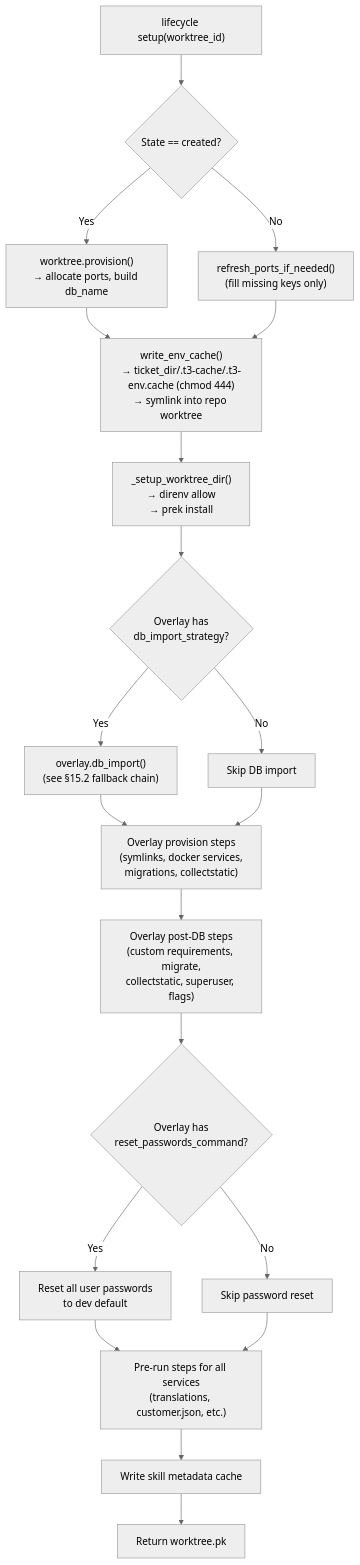
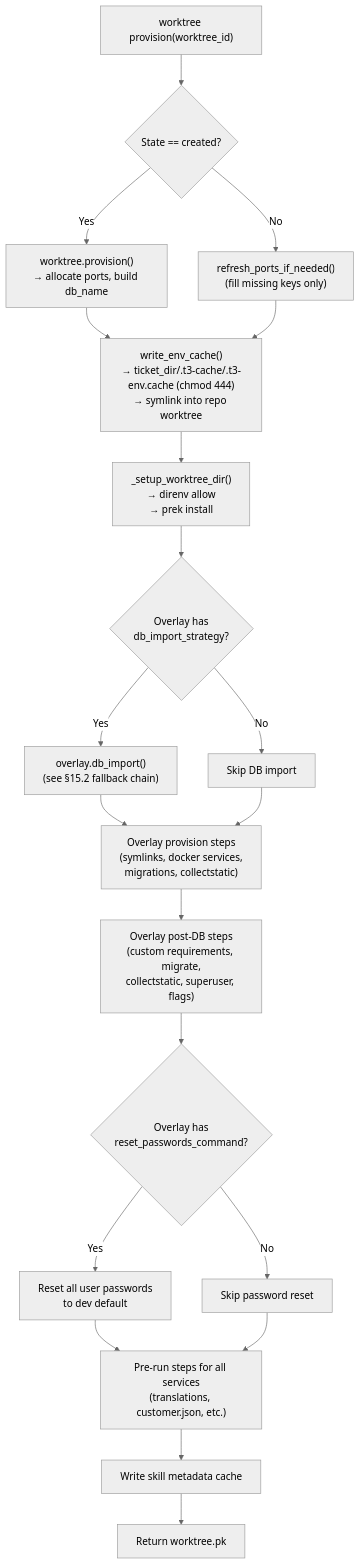
The third of 6 diagrams in BLUEPRINT.md (souliane/teatree), drawn with Mermaid (neutral theme) before and after one commit. The commit also changed other lines of this file and 30 other files, not shown here.

First line of the commit message:
fix(cli): drop dead `lifecycle` bridge, retarget docs at `worktree`/`workspace` (#439)

````diff
--- a/BLUEPRINT.md
+++ b/BLUEPRINT.md
@@ -1252,22 +1252,22 @@
 ```mermaid
 flowchart TD
-    A["lifecycle setup(worktree_id)"] --> B{"State == created?"}
+    A["worktree provision(worktree_id)"] --> B{"State == created?"}
     B -- Yes --> C["worktree.provision()\n→ allocate ports, build db_name"]
     B -- No --> D["refresh_ports_if_needed()\n(fill missing keys only)"]
     C --> E["write_env_cache()\n→ ticket_dir/.t3-cache/.t3-env.cache (chmod 444)\n→ symlink into repo worktree"]
     D --> E
     E --> F["_setup_worktree_dir()\n→ direnv allow\n→ prek install"]
     F --> G{"Overlay has\ndb_import_strategy?"}
     G -- Yes --> H["overlay.db_import()\n(see §15.2 fallback chain)"]
     G -- No --> I["Skip DB import"]
     H --> J["Overlay provision steps\n(symlinks, docker services,\nmigrations, collectstatic)"]
     I --> J
     J --> K["Overlay post-DB steps\n(custom requirements, migrate,\ncollectstatic, superuser, flags)"]
     K --> L{"Overlay has\nreset_passwords_command?"}
     L -- Yes --> M["Reset all user passwords\nto dev default"]
     L -- No --> N["Skip password reset"]
     M --> O["Pre-run steps for all services\n(translations, customer.json, etc.)"]
     N --> O
     O --> P["Write skill metadata cache"]
     P --> Q["Return worktree.pk"]
 ```
````
